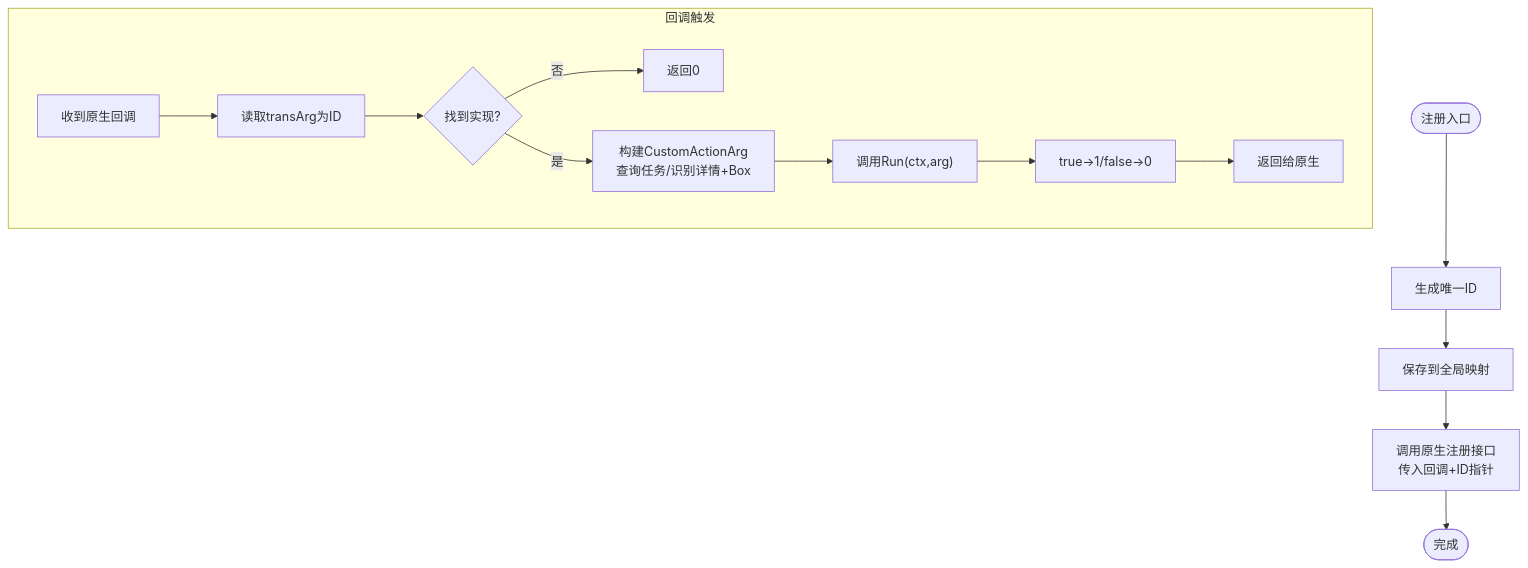
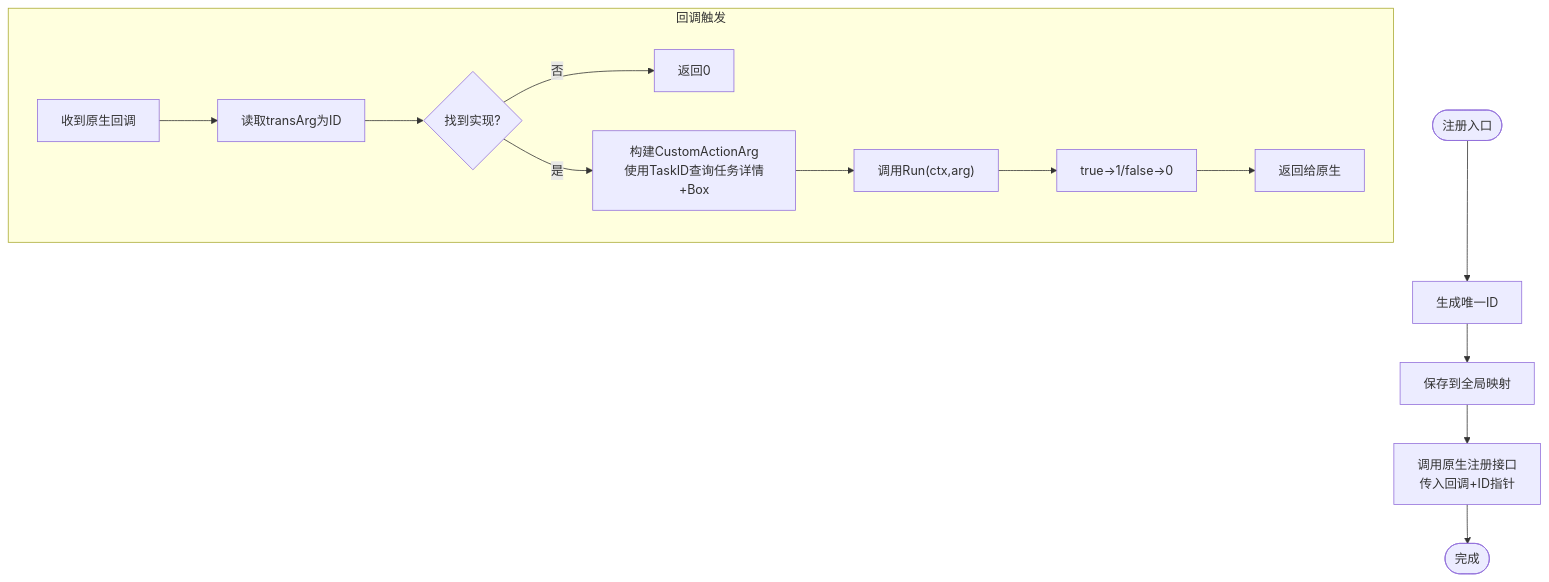
One commit to kqcoxn/MaaPipelineEditor changed the third of 5 diagrams in instructions/maafw-golang-binding/高级功能/自定义动作.md. Above: the diagram before and after it, drawn with Mermaid. The commit also changed other lines of this file and 7 other files, not shown here.

````diff
--- a/instructions/maafw-golang-binding/高级功能/自定义动作.md
+++ b/instructions/maafw-golang-binding/高级功能/自定义动作.md
@@ -174,16 +182,16 @@
 ```mermaid
 flowchart TD
 Start(["注册入口"]) --> GenID["生成唯一ID"]
 GenID --> SaveMap["保存到全局映射"]
 SaveMap --> NativeBind["调用原生注册接口<br/>传入回调+ID指针"]
 NativeBind --> End(["完成"])
 subgraph "回调触发"
 CBStart["收到原生回调"] --> ReadID["读取transArg为ID"]
 ReadID --> Lookup{"找到实现?"}
 Lookup -- 否 --> ReturnZero["返回0"]
-Lookup -- 是 --> BuildArg["构建CustomActionArg<br/>查询任务/识别详情+Box"]
+Lookup -- 是 --> BuildArg["构建CustomActionArg<br/>使用TaskID查询任务详情+Box"]
 BuildArg --> CallRun["调用Run(ctx,arg)"]
 CallRun --> MapRet["true->1/false->0"]
 MapRet --> ReturnVal["返回给原生"]
 end
 ```
````
